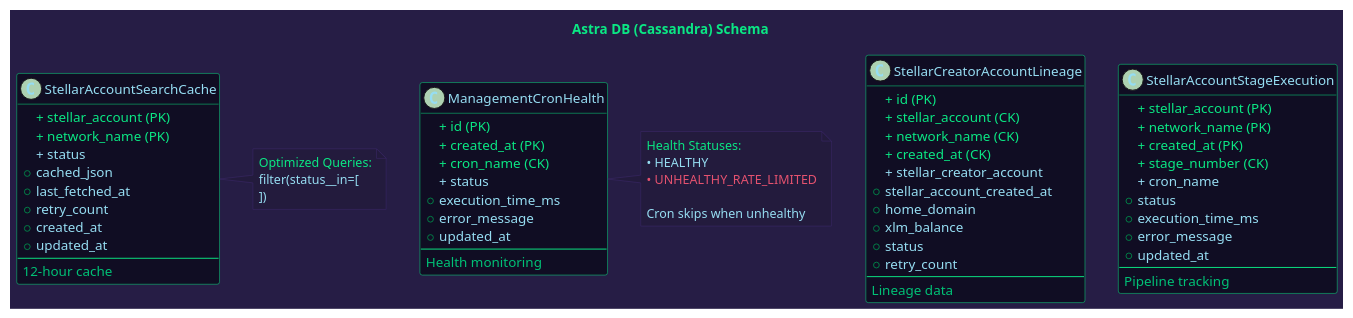
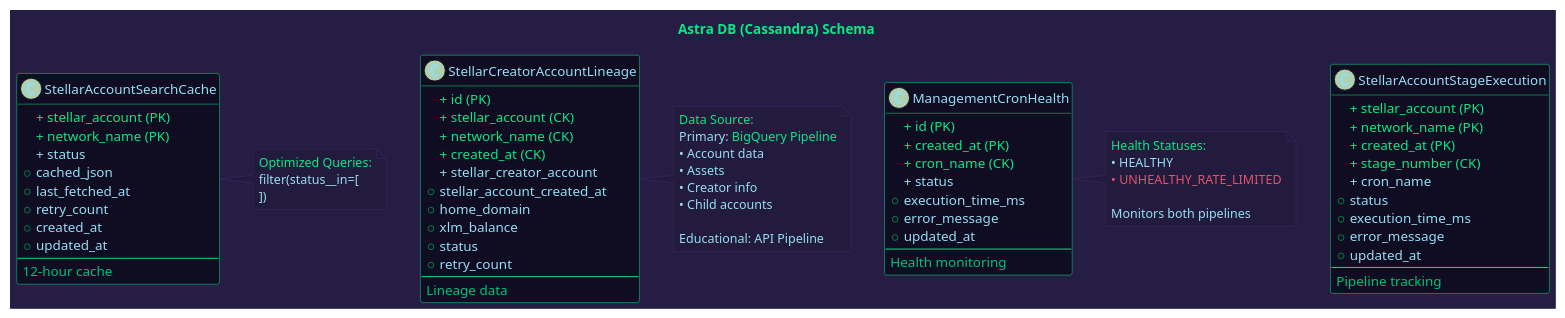
Before and after one commit to areveur51/StellarMapWeb: the diagram in diagrams/03_database_schema.puml, drawn with PlantUML. The commit also changed 4 other files, not shown here.

First line of the commit message:
Update diagrams to reflect current pipeline status and color theme

```diff
--- a/diagrams/03_database_schema.puml
+++ b/diagrams/03_database_schema.puml
@@ -1,92 +1,103 @@
 @startuml Database Schema
 
 skinparam backgroundColor #261D45
 skinparam defaultFontColor #96DDF2
 
 skinparam class {
   BackgroundColor #100D23
   BorderColor #0BE784
   FontColor #96DDF2
   ArrowColor #01C176
 }
 
 skinparam note {
   BackgroundColor #231B3D
   BorderColor #3f2c70
   FontColor #96DDF2
 }
 
 title <color:#0BE784>Astra DB (Cassandra) Schema
 
 class StellarAccountSearchCache {
   <color:#0BE784>+ stellar_account (PK)
   <color:#0BE784>+ network_name (PK)
   <color:#96DDF2>+ status
   + cached_json
   + last_fetched_at
   + retry_count
   + created_at
   + updated_at
   --
   <color:#01C176>12-hour cache
 }
 
 class StellarCreatorAccountLineage {
   <color:#0BE784>+ id (PK)
   <color:#0BE784>+ stellar_account (CK)
   <color:#0BE784>+ network_name (CK)
   <color:#0BE784>+ created_at (CK)
   <color:#96DDF2>+ stellar_creator_account
   + stellar_account_created_at
   + home_domain
   + xlm_balance
   + status
   + retry_count
   --
   <color:#01C176>Lineage data
 }
 
 class StellarAccountStageExecution {
   <color:#0BE784>+ stellar_account (PK)
   <color:#0BE784>+ network_name (PK)
   <color:#0BE784>+ created_at (PK)
   <color:#0BE784>+ stage_number (CK)
   <color:#96DDF2>+ cron_name
   + status
   + execution_time_ms
   + error_message
   + updated_at
   --
   <color:#01C176>Pipeline tracking
 }
 
 class ManagementCronHealth {
   <color:#0BE784>+ id (PK)
   <color:#0BE784>+ created_at (PK)
   <color:#0BE784>+ cron_name (CK)
   <color:#96DDF2>+ status
   + execution_time_ms
   + error_message
   + updated_at
   --
   <color:#01C176>Health monitoring
 }
 
 note right of StellarAccountSearchCache #231B3D
   <color:#0BE784>Optimized Queries:
   <color:#96DDF2>filter(status__in=[
     'PENDING',
     'IN_PROGRESS',
     'RE_INQUIRY'
   ])
 end note
 
+note right of StellarCreatorAccountLineage #231B3D
+  <color:#0BE784>Data Source:
+  <color:#96DDF2>Primary: <color:#0BE784>BigQuery Pipeline
+  <color:#96DDF2>• Account data
+  <color:#96DDF2>• Assets
+  <color:#96DDF2>• Creator info
+  <color:#96DDF2>• Child accounts
+  
+  <color:#96DDF2>Educational: API Pipeline
+end note
+
 note right of ManagementCronHealth #231B3D
   <color:#0BE784>Health Statuses:
   <color:#96DDF2>• HEALTHY
   <color:#E5526F>• UNHEALTHY_RATE_LIMITED
   
-  <color:#96DDF2>Cron skips when unhealthy
+  <color:#96DDF2>Monitors both pipelines
 end note
 
 @enduml
```
